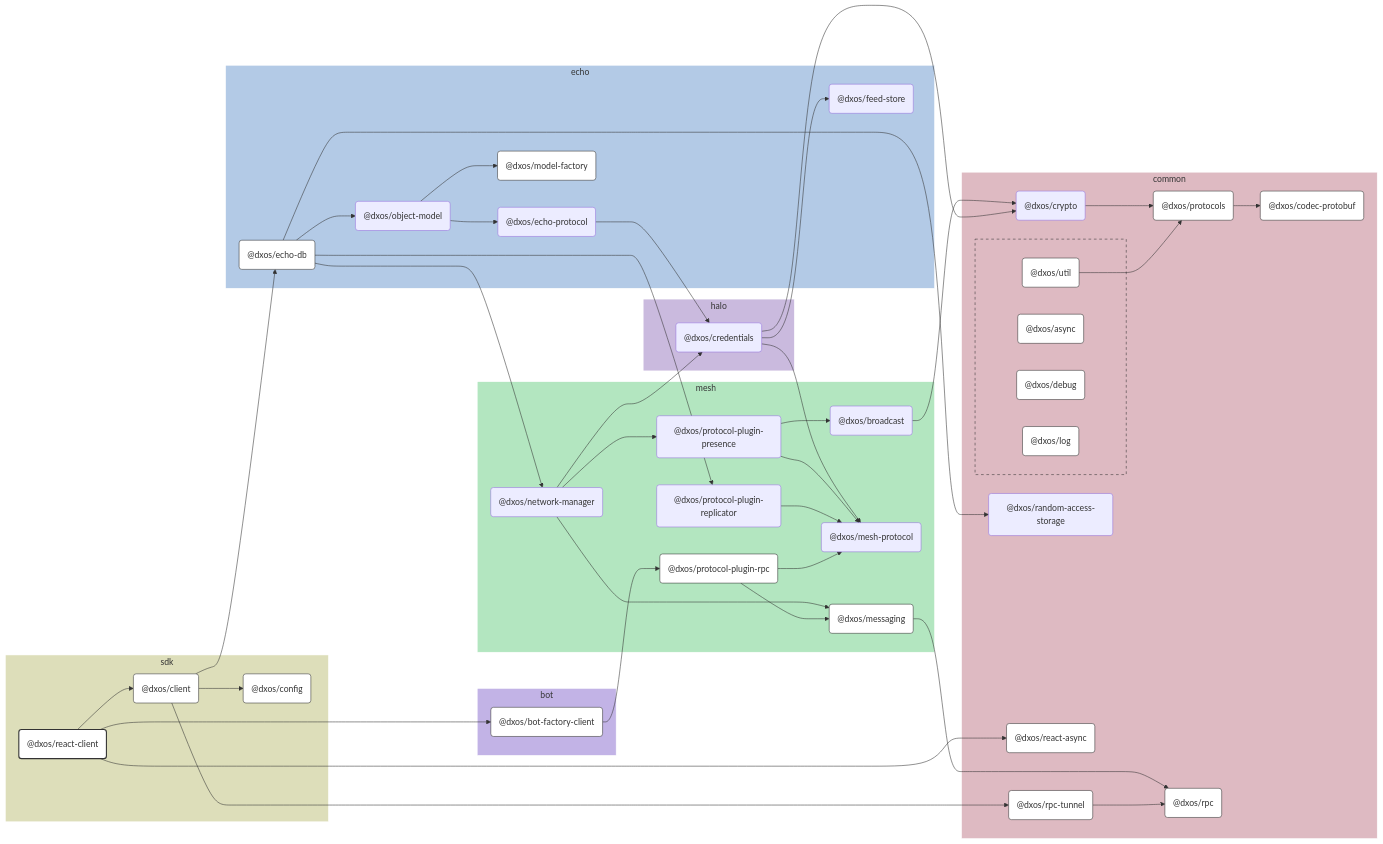
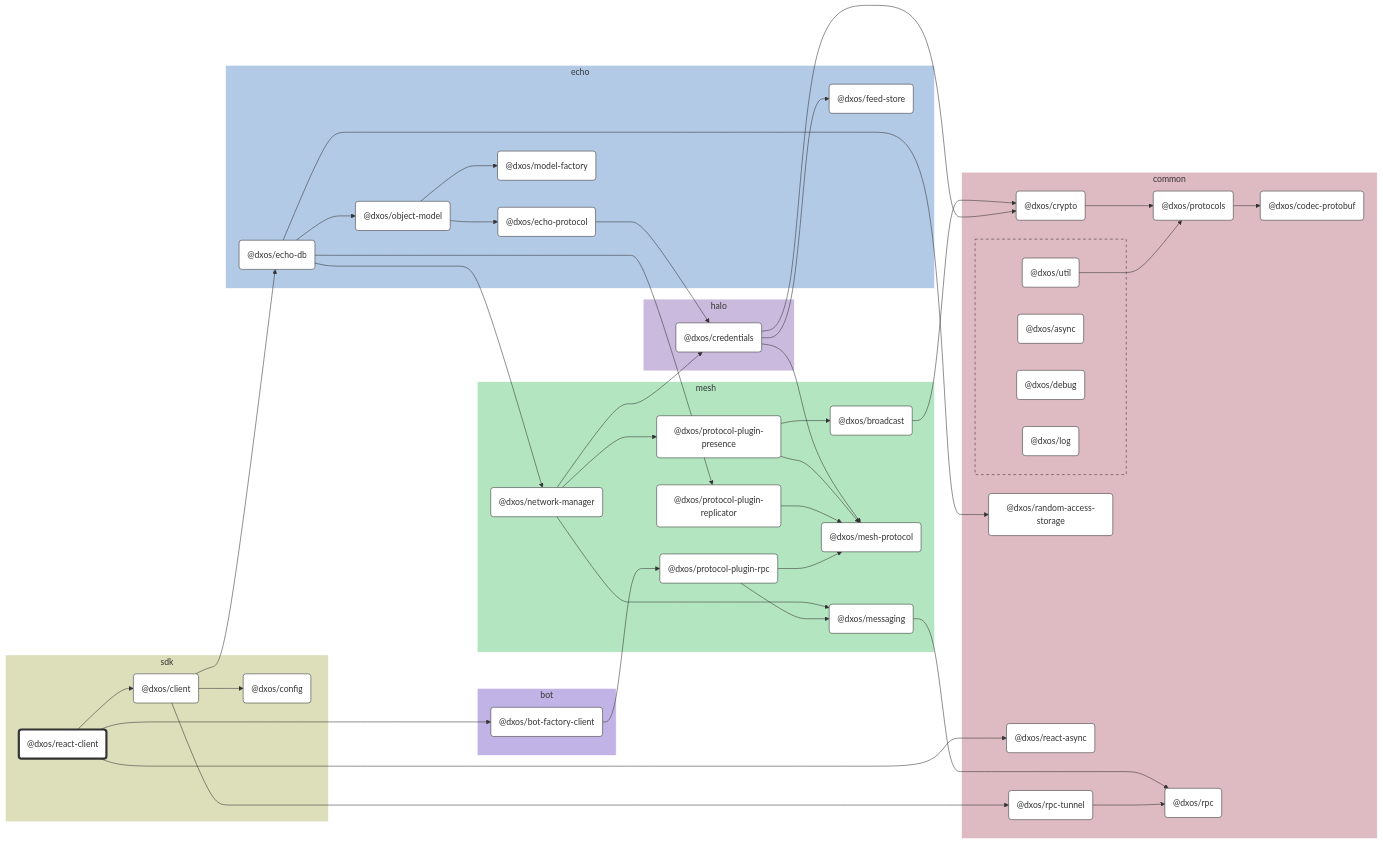
The diagram in packages/sdk/react-client/docs/README.md (dxos/dxos), drawn with Mermaid before and after one commit. The commit also changed other lines of this file and 86 other files, not shown here.

```diff
--- a/packages/sdk/react-client/docs/README.md
+++ b/packages/sdk/react-client/docs/README.md
@@ -110,23 +110,34 @@
 %% Hyperlinks
 click dxos/async "dxos/dxos/tree/main/packages/common/async/docs";
 click dxos/bot-factory-client "dxos/dxos/tree/main/packages/bot/bot-factory-client/docs";
+click dxos/broadcast "dxos/dxos/tree/main/packages/mesh/broadcast/docs";
 click dxos/client "dxos/dxos/tree/main/packages/sdk/client/docs";
 click dxos/codec-protobuf "dxos/dxos/tree/main/packages/common/codec-protobuf/docs";
 click dxos/config "dxos/dxos/tree/main/packages/sdk/config/docs";
+click dxos/credentials "dxos/dxos/tree/main/packages/halo/credentials/docs";
+click dxos/crypto "dxos/dxos/tree/main/packages/common/crypto/docs";
 click dxos/debug "dxos/dxos/tree/main/packages/common/debug/docs";
 click dxos/echo-db "dxos/dxos/tree/main/packages/echo/echo-db/docs";
+click dxos/echo-protocol "dxos/dxos/tree/main/packages/echo/echo-protocol/docs";
+click dxos/feed-store "dxos/dxos/tree/main/packages/echo/feed-store/docs";
 click dxos/log "dxos/dxos/tree/main/packages/common/log/docs";
+click dxos/mesh-protocol "dxos/dxos/tree/main/packages/mesh/mesh-protocol/docs";
 click dxos/messaging "dxos/dxos/tree/main/packages/mesh/messaging/docs";
 click dxos/model-factory "dxos/dxos/tree/main/packages/echo/model-factory/docs";
+click dxos/network-manager "dxos/dxos/tree/main/packages/mesh/network-manager/docs";
+click dxos/object-model "dxos/dxos/tree/main/packages/echo/object-model/docs";
+click dxos/protocol-plugin-presence "dxos/dxos/tree/main/packages/mesh/protocol-plugin-presence/docs";
+click dxos/protocol-plugin-replicator "dxos/dxos/tree/main/packages/mesh/protocol-plugin-replicator/docs";
 click dxos/protocol-plugin-rpc "dxos/dxos/tree/main/packages/mesh/protocol-plugin-rpc/docs";
 click dxos/protocols "dxos/dxos/tree/main/packages/common/protocols/docs";
+click dxos/random-access-storage "dxos/dxos/tree/main/packages/common/random-access-storage/docs";
 click dxos/react-async "dxos/dxos/tree/main/packages/common/react-async/docs";
 click dxos/rpc "dxos/dxos/tree/main/packages/common/rpc/docs";
 click dxos/rpc-tunnel "dxos/dxos/tree/main/packages/common/rpc-tunnel/docs";
 click dxos/util "dxos/dxos/tree/main/packages/common/util/docs";
 
 %% Styles
-classDef rootNode fill:#fff,stroke:#333,stroke-width:2px
+classDef rootNode fill:#fff,stroke:#333,stroke-width:4px
 classDef defaultNode fill:#fff,stroke:#333,stroke-width:1px
 linkStyle default stroke:#333,stroke-width:1px
 
@@ -134,16 +145,27 @@
 
 dxos/async:::defaultNode
 dxos/bot-factory-client:::defaultNode
+dxos/broadcast:::defaultNode
 dxos/client:::defaultNode
 dxos/codec-protobuf:::defaultNode
 dxos/config:::defaultNode
+dxos/credentials:::defaultNode
+dxos/crypto:::defaultNode
 dxos/debug:::defaultNode
 dxos/echo-db:::defaultNode
+dxos/echo-protocol:::defaultNode
+dxos/feed-store:::defaultNode
 dxos/log:::defaultNode
+dxos/mesh-protocol:::defaultNode
 dxos/messaging:::defaultNode
 dxos/model-factory:::defaultNode
+dxos/network-manager:::defaultNode
+dxos/object-model:::defaultNode
+dxos/protocol-plugin-presence:::defaultNode
+dxos/protocol-plugin-replicator:::defaultNode
 dxos/protocol-plugin-rpc:::defaultNode
 dxos/protocols:::defaultNode
+dxos/random-access-storage:::defaultNode
 dxos/react-async:::defaultNode
 dxos/rpc:::defaultNode
 dxos/rpc-tunnel:::defaultNode
```
